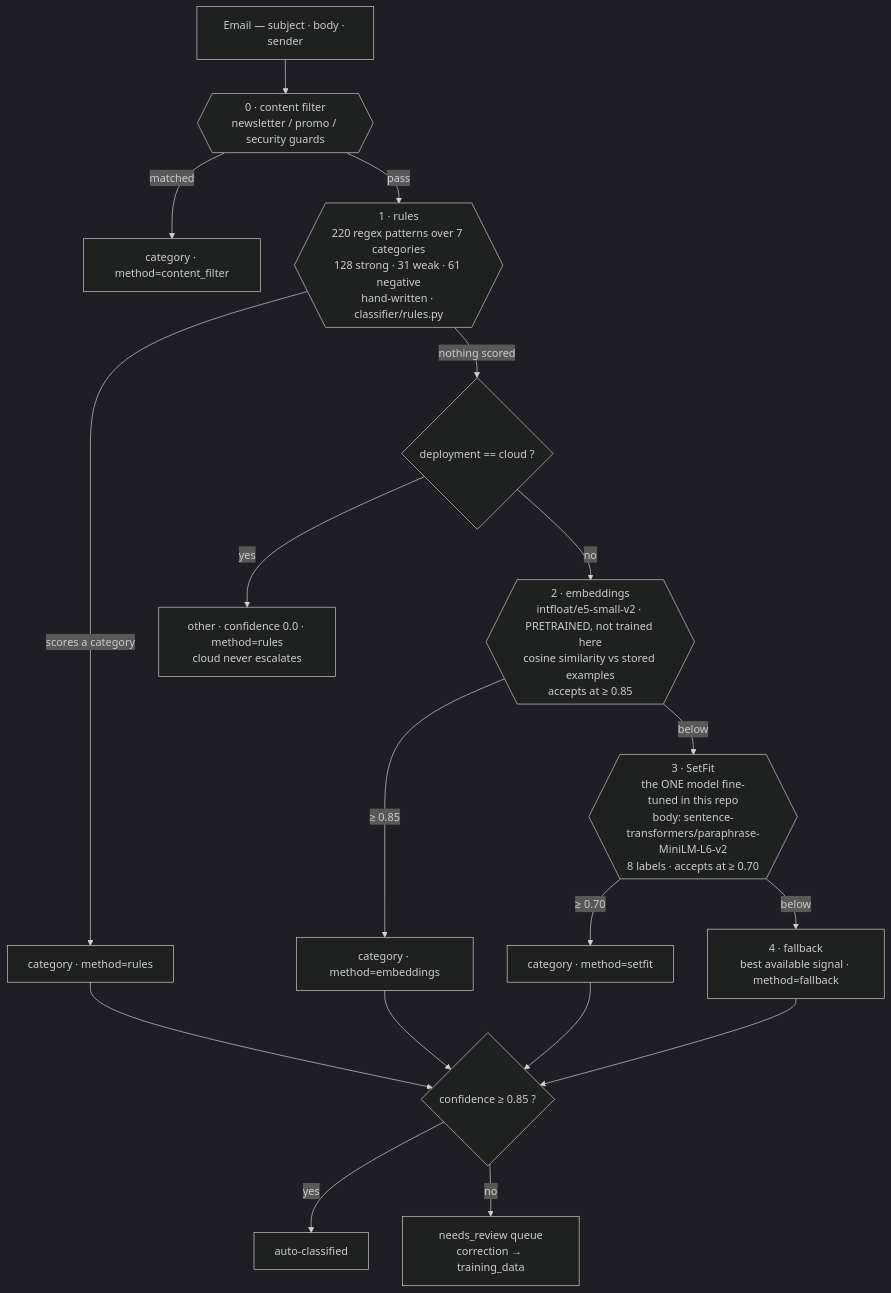
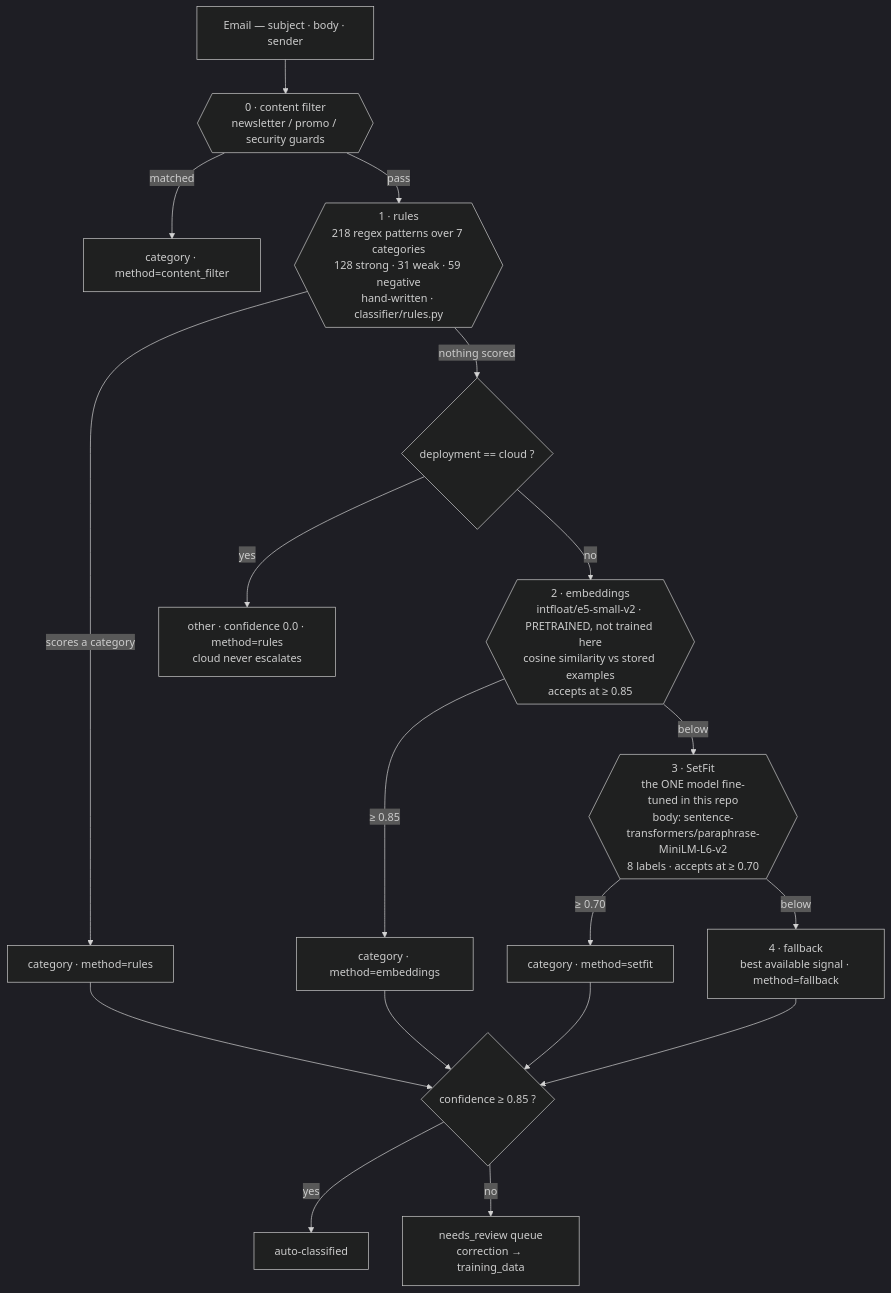
The first of 3 diagrams in README.md (BARC1999/applied-ai), drawn with Mermaid (dark theme) before and after one commit. The commit also changed other lines of this file and 8 other files, not shown here.

````diff
--- a/README.md
+++ b/README.md
@@ -60,32 +60,32 @@
 ```mermaid
 flowchart TB
     In["Email — subject · body · sender"] --> CF
 
     CF{{"0 · content filter<br/>newsletter / promo / security guards"}}
     CF -->|"matched"| Out1["category · method=content_filter"]
     CF -->|"pass"| R
 
-    R{{"1 · rules<br/>220 regex patterns over 7 categories<br/>128 strong · 31 weak · 61 negative<br/>hand-written · classifier/rules.py"}}
+    R{{"1 · rules<br/>218 regex patterns over 7 categories<br/>128 strong · 31 weak · 59 negative<br/>hand-written · classifier/rules.py"}}
     R -->|"scores a category"| Out2["category · method=rules"]
     R -->|"nothing scored"| CLOUD
 
     CLOUD{"deployment == cloud ?"}
     CLOUD -->|"yes"| Out3["other · confidence 0.0 · method=rules<br/>cloud never escalates"]
     CLOUD -->|"no"| E
 
     E{{"2 · embeddings<br/>intfloat/e5-small-v2 · PRETRAINED, not trained here<br/>cosine similarity vs stored examples<br/>accepts at ≥ 0.85"}}
     E -->|"≥ 0.85"| Out4["category · method=embeddings"]
     E -->|"below"| S
 
     S{{"3 · SetFit<br/>the ONE model fine-tuned in this repo<br/>body: sentence-transformers/paraphrase-MiniLM-L6-v2<br/>8 labels · accepts at ≥ 0.70"}}
     S -->|"≥ 0.70"| Out5["category · method=setfit"]
     S -->|"below"| F["4 · fallback<br/>best available signal · method=fallback"]
 
     Out2 --> G
     Out4 --> G
     Out5 --> G
     F --> G
     G{"confidence ≥ 0.85 ?"}
     G -->|"yes"| Auto["auto-classified"]
     G -->|"no"| Review["needs_review queue<br/>correction → training_data"]
 ```
````
